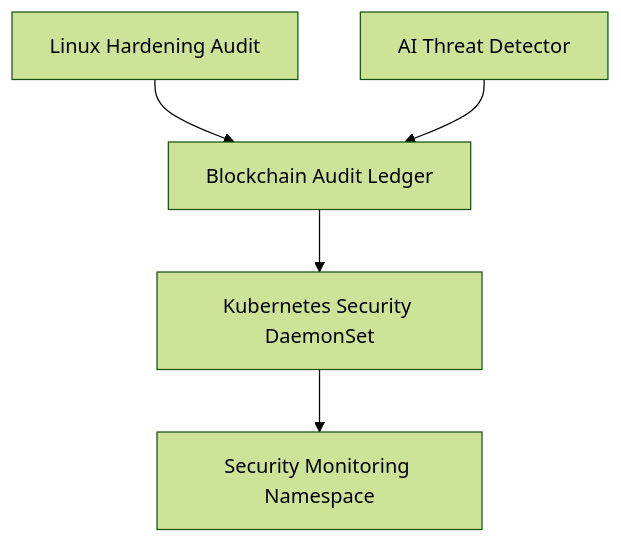
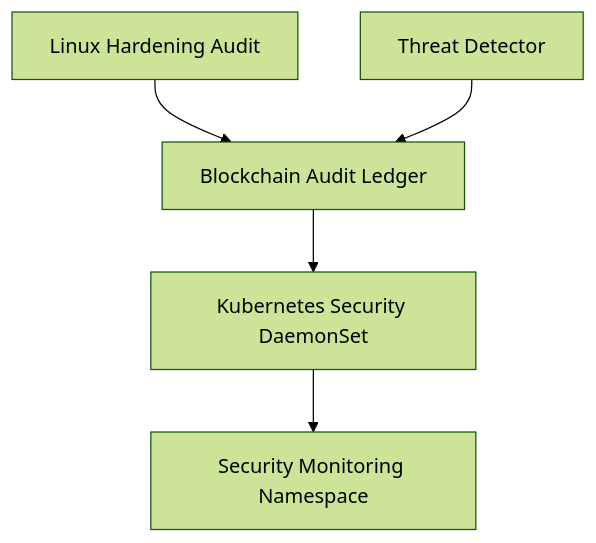
Before and after one commit to hey-nawazsharif/aegiskube-secops: the diagram in README.md, drawn with Mermaid (forest theme). The commit also changed other lines of this file, not shown here.

Commit message:
Fix README: Clean clone URL format and update quick start instructions

````diff
--- a/README.md
+++ b/README.md
@@ -7,7 +7,7 @@
 ```mermaid
 graph TD
     A[Linux Hardening Audit] --> B[Blockchain Audit Ledger]
-    C[AI Threat Detector] --> B
+    C[Threat Detector] --> B
     B --> D[Kubernetes Security DaemonSet]
     D --> E[Security Monitoring Namespace]
 ```
````
